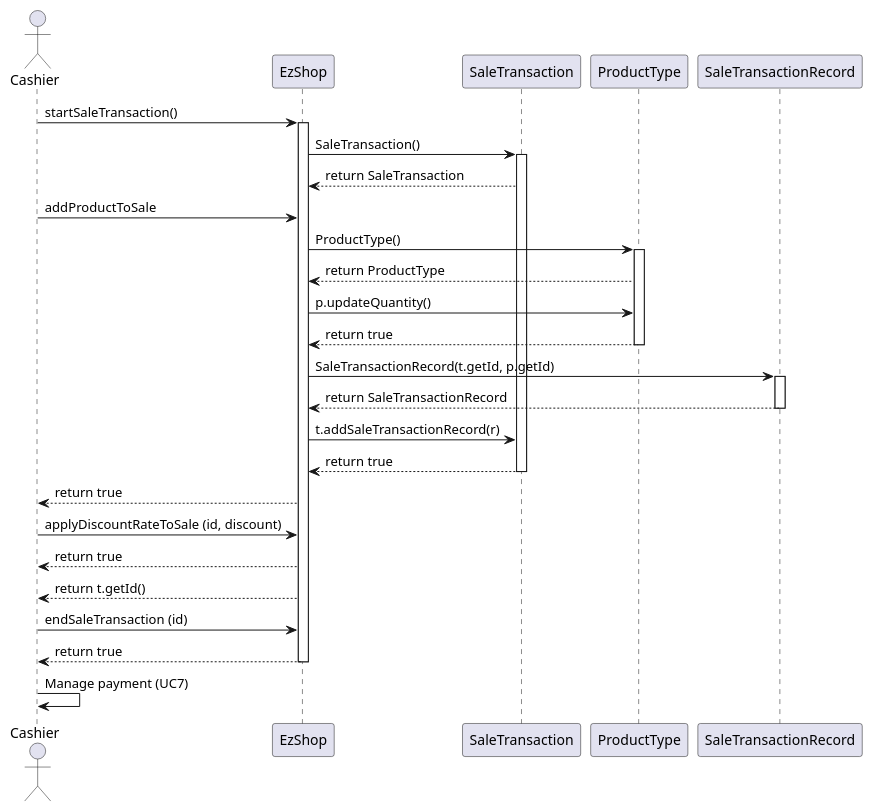
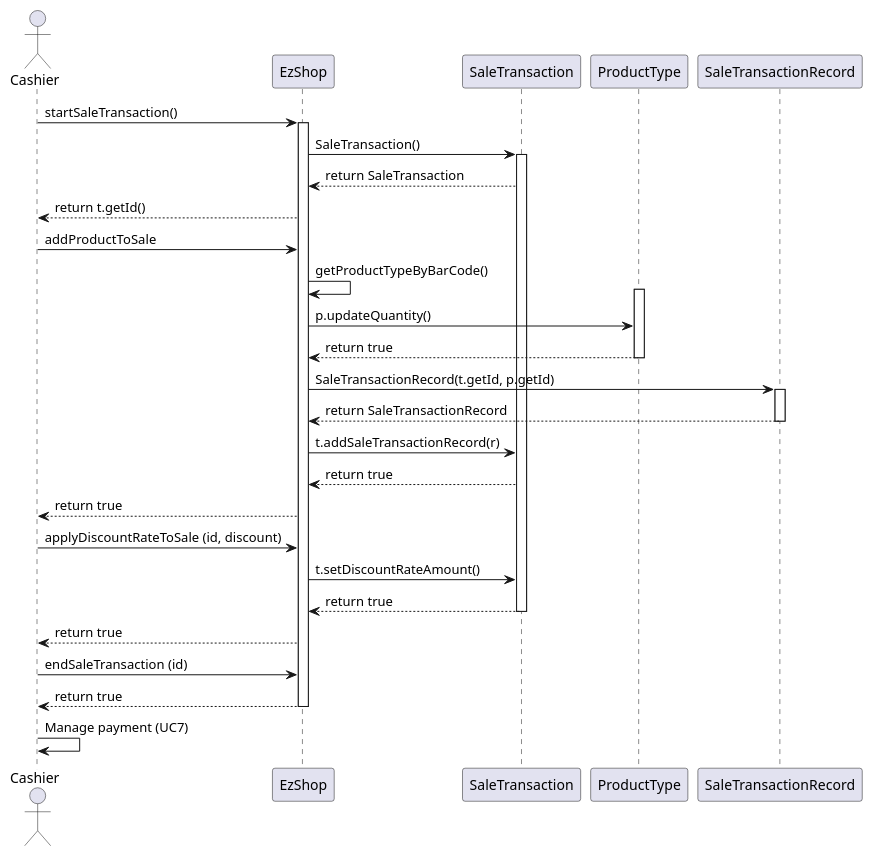
Diagram 20 of 29 in Deliverables/DesignDocument.md (paocela/EzShop), drawn with PlantUML before and after one commit. The commit also changed other lines of this file, not shown here.

Commit message:
Reviewed all sequence diagrams

````diff
--- a/Deliverables/DesignDocument.md
+++ b/Deliverables/DesignDocument.md
@@ -656,31 +647,32 @@
 ```plantuml
 
 actor Cashier
 Cashier -> EzShop : startSaleTransaction()
 activate EzShop
 EzShop -> SaleTransaction : SaleTransaction()
 activate SaleTransaction
 EzShop <-- SaleTransaction : return SaleTransaction
+Cashier <-- EzShop : return t.getId()
 Cashier -> EzShop : addProductToSale
-EzShop -> ProductType : ProductType()
+EzShop -> EzShop : getProductTypeByBarCode()
 activate ProductType
-EzShop <-- ProductType : return ProductType
 EzShop -> ProductType : p.updateQuantity()
 EzShop <-- ProductType : return true
 deactivate ProductType
 EzShop -> SaleTransactionRecord : SaleTransactionRecord(t.getId, p.getId)
 activate SaleTransactionRecord
 EzShop <-- SaleTransactionRecord : return SaleTransactionRecord
 deactivate SaleTransactionRecord
 EzShop -> SaleTransaction : t.addSaleTransactionRecord(r)
 EzShop <-- SaleTransaction : return true
+Cashier <-- EzShop : return true
+Cashier -> EzShop : applyDiscountRateToSale (id, discount)
+EzShop -> SaleTransaction : t.setDiscountRateAmount()
+EzShop <-- SaleTransaction : return true
 deactivate SaleTransaction
 Cashier <-- EzShop : return true
-Cashier -> EzShop : applyDiscountRateToSale (id, discount)
-Cashier <-- EzShop : return true
-Cashier <-- EzShop : return t.getId()
 Cashier -> EzShop : endSaleTransaction (id)
 Cashier <-- EzShop : return true
 deactivate EzShop
 Cashier -> Cashier : Manage payment (UC7)
 ```
````
